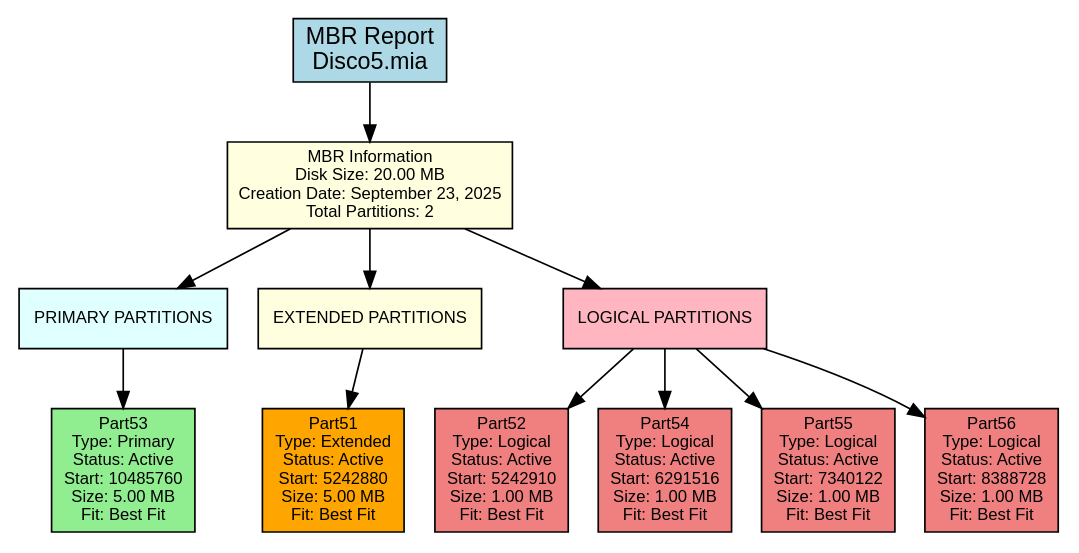
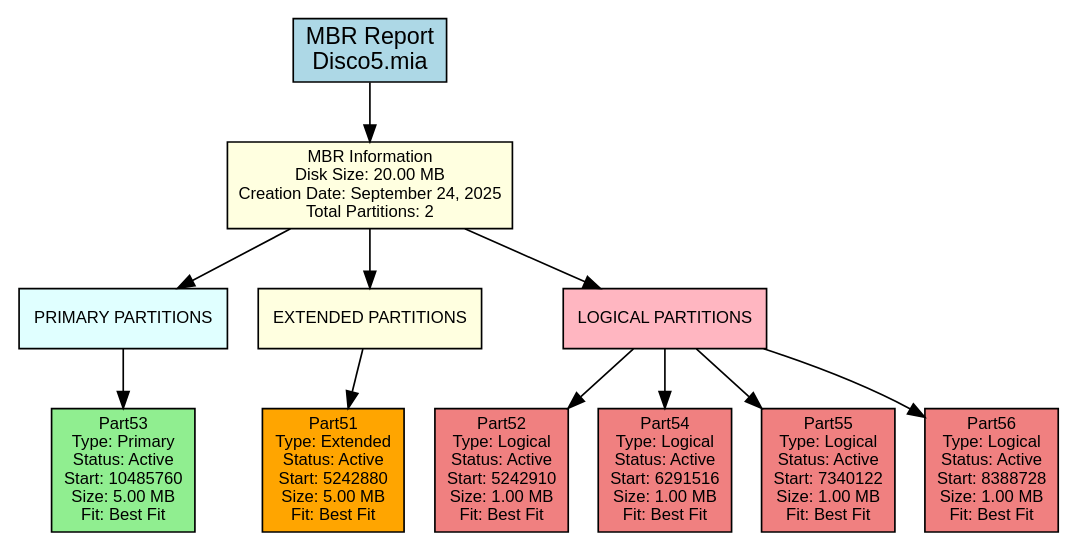
One commit to DiegVas/MIA_2S2025_P2_202300638 changed the diagram in backend/provider/reports/src/mbr_381C.dot. Above: the diagram before and after it, drawn with Graphviz. The commit also changed 17 other files, not shown here.

```diff
--- a/backend/provider/reports/src/mbr_381C.dot
+++ b/backend/provider/reports/src/mbr_381C.dot
@@ -1,34 +1,34 @@
 digraph MBR_Report {
     rankdir=TB;
     node [shape=box, style=filled];
     graph [fontname="Arial", fontsize=12];
     node [fontname="Arial", fontsize=10];
     edge [fontname="Arial"];
 
     title [label="MBR Report\nDisco5.mia", fillcolor=lightblue, fontsize=14];
 
-    mbr_info [label="MBR Information\nDisk Size: 20.00 MB\nCreation Date: September 23, 2025\nTotal Partitions: 2", fillcolor=lightyellow];
+    mbr_info [label="MBR Information\nDisk Size: 20.00 MB\nCreation Date: September 24, 2025\nTotal Partitions: 2", fillcolor=lightyellow];
 
     primary_section [label="PRIMARY PARTITIONS", shape=box, style=filled, fillcolor=lightcyan];
     primary_0 [label="Part53\nType: Primary\nStatus: Active\nStart: 10485760\nSize: 5.00 MB\nFit: Best Fit", fillcolor=lightgreen];
     primary_section -> primary_0;
 
     extended_section [label="EXTENDED PARTITIONS", shape=box, style=filled, fillcolor=lightyellow];
     extended_0 [label="Part51\nType: Extended\nStatus: Active\nStart: 5242880\nSize: 5.00 MB\nFit: Best Fit", fillcolor=orange];
     extended_section -> extended_0;
 
     logical_section [label="LOGICAL PARTITIONS", shape=box, style=filled, fillcolor=lightpink];
     logical_0 [label="Part52\nType: Logical\nStatus: Active\nStart: 5242910\nSize: 1.00 MB\nFit: Best Fit", fillcolor=lightcoral];
     logical_section -> logical_0;
     logical_1 [label="Part54\nType: Logical\nStatus: Active\nStart: 6291516\nSize: 1.00 MB\nFit: Best Fit", fillcolor=lightcoral];
     logical_section -> logical_1;
     logical_2 [label="Part55\nType: Logical\nStatus: Active\nStart: 7340122\nSize: 1.00 MB\nFit: Best Fit", fillcolor=lightcoral];
     logical_section -> logical_2;
     logical_3 [label="Part56\nType: Logical\nStatus: Active\nStart: 8388728\nSize: 1.00 MB\nFit: Best Fit", fillcolor=lightcoral];
     logical_section -> logical_3;
 
     title -> mbr_info;
     mbr_info -> primary_section;
     mbr_info -> extended_section;
     mbr_info -> logical_section;
 }
```
